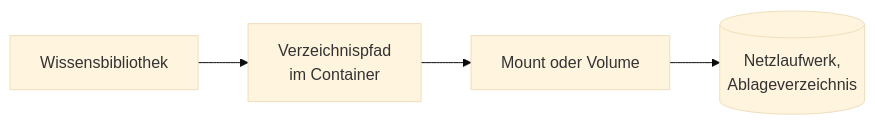
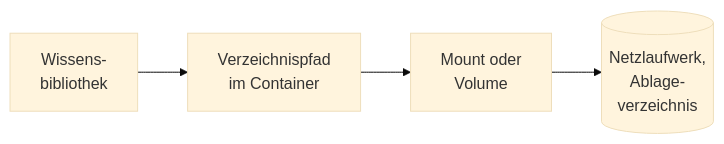
Before and after one commit to criew/opaa: the diagram in docs/handbuch/konnektoren/filesystem.md, drawn with Mermaid (base theme). The commit also changed 13 other files, not shown here.

First line of the commit message:
docs(handbuch): Mermaid-Beschriftungen umbrechen und Verweise auf Konnektor-Abschnitte nachziehen

````diff
--- a/docs/handbuch/konnektoren/filesystem.md
+++ b/docs/handbuch/konnektoren/filesystem.md
@@ -10,6 +10,6 @@
 ```mermaid
 flowchart LR
-    B[Wissensbibliothek] --> P[Verzeichnispfad<br/>im Container]
-    P --> M[Mount oder Volume]
-    M --> N[(Netzlaufwerk,<br/>Ablageverzeichnis)]
+    B[Wissens-<br/>bibliothek] --> P[Verzeichnispfad<br/>im Container]
+    P --> M[Mount oder<br/>Volume]
+    M --> N[(Netzlaufwerk,<br/>Ablage-<br/>verzeichnis)]
 ```
````
